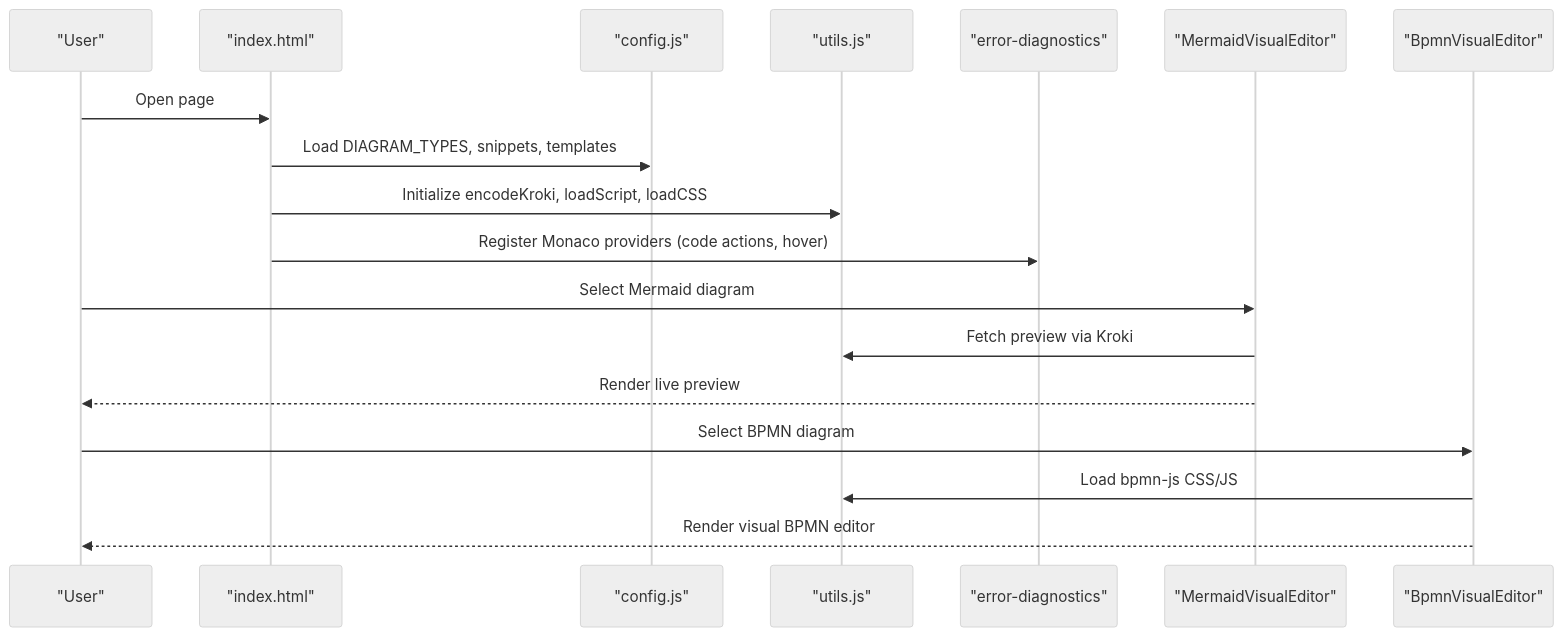
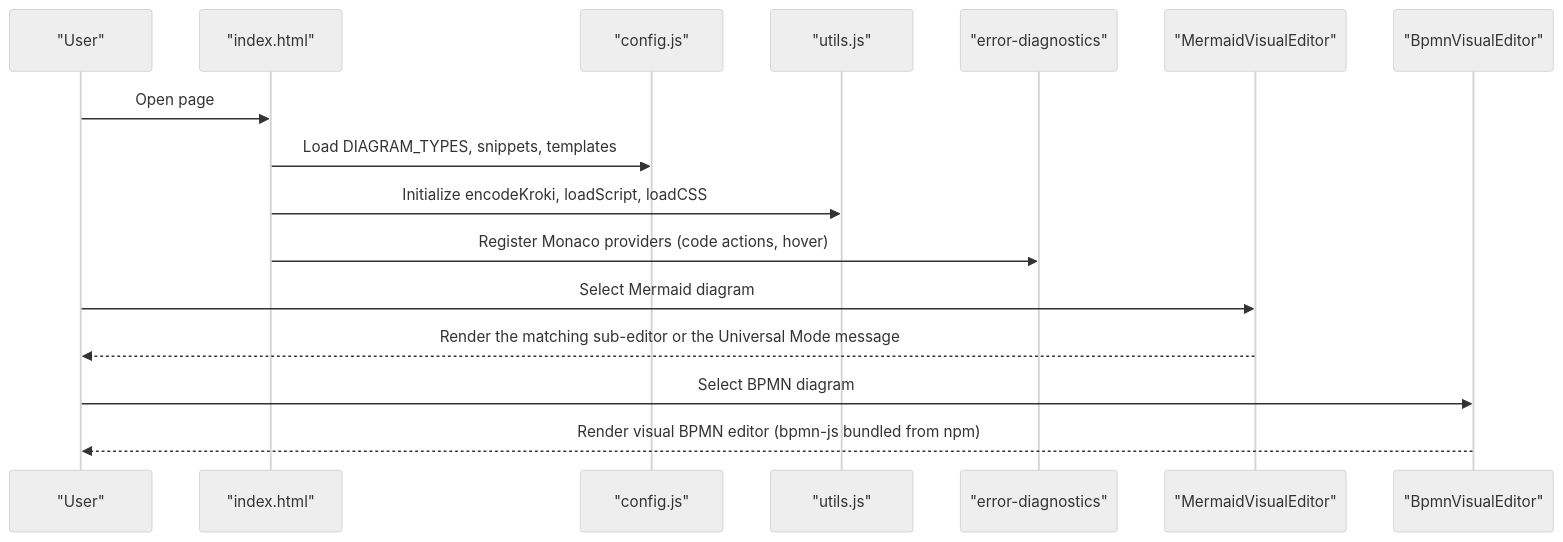
Before and after one commit to ongchonghian/universal-diagram-editor: the second of 4 diagrams in .qoder/repowiki/en/content/Configuration and Customization.md, drawn with Mermaid (neutral theme). The commit also changed other lines of this file and 31 other files, not shown here.

````diff
--- a/.qoder/repowiki/en/content/Configuration and Customization.md
+++ b/.qoder/repowiki/en/content/Configuration and Customization.md
@@ -172,20 +157,18 @@
 ```mermaid
 sequenceDiagram
 participant User as "User"
 participant HTML as "index.html"
 participant CFG as "config.js"
 participant UTIL as "utils.js"
 participant ERR as "error-diagnostics"
 participant MVE as "MermaidVisualEditor"
 participant BVE as "BpmnVisualEditor"
 User->>HTML : Open page
 HTML->>CFG : Load DIAGRAM_TYPES, snippets, templates
 HTML->>UTIL : Initialize encodeKroki, loadScript, loadCSS
 HTML->>ERR : Register Monaco providers (code actions, hover)
 User->>MVE : Select Mermaid diagram
-MVE->>UTIL : Fetch preview via Kroki
-MVE-->>User : Render live preview
+MVE-->>User : Render the matching sub-editor or the Universal Mode message
 User->>BVE : Select BPMN diagram
-BVE->>UTIL : Load bpmn-js CSS/JS
-BVE-->>User : Render visual BPMN editor
+BVE-->>User : Render visual BPMN editor (bpmn-js bundled from npm)
 ```
````
